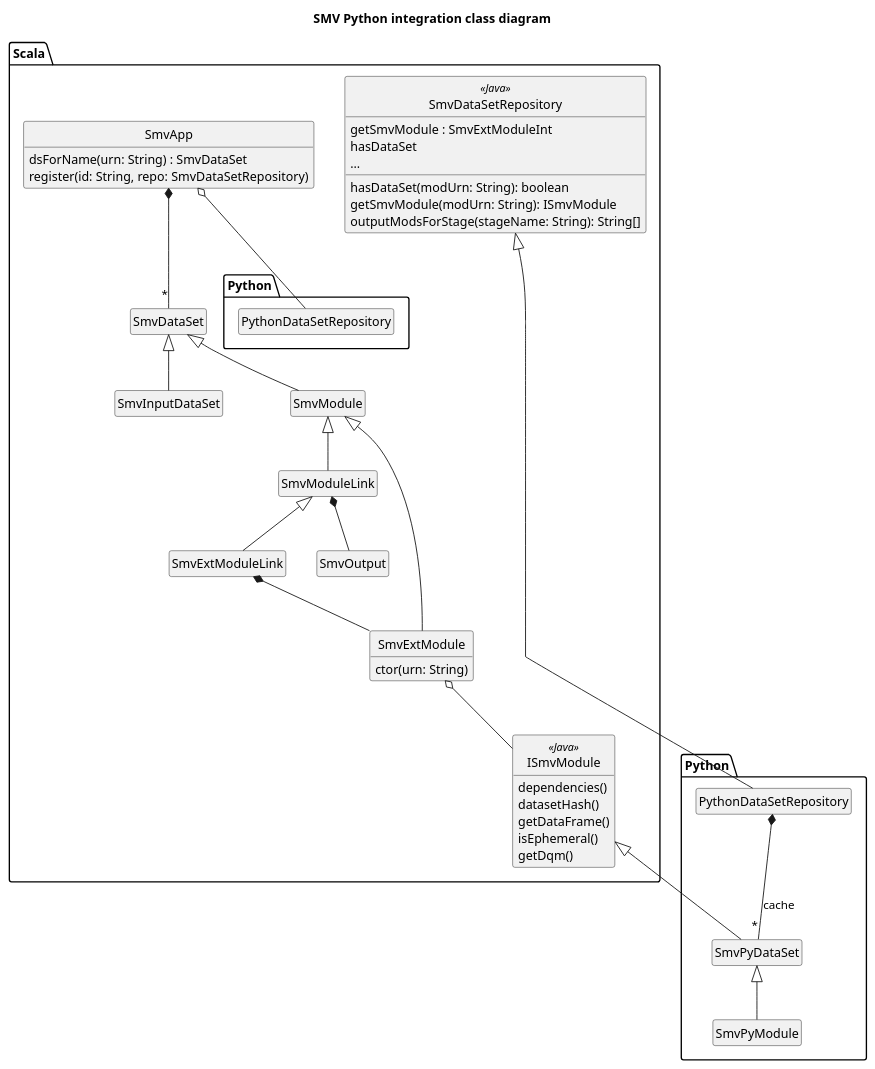
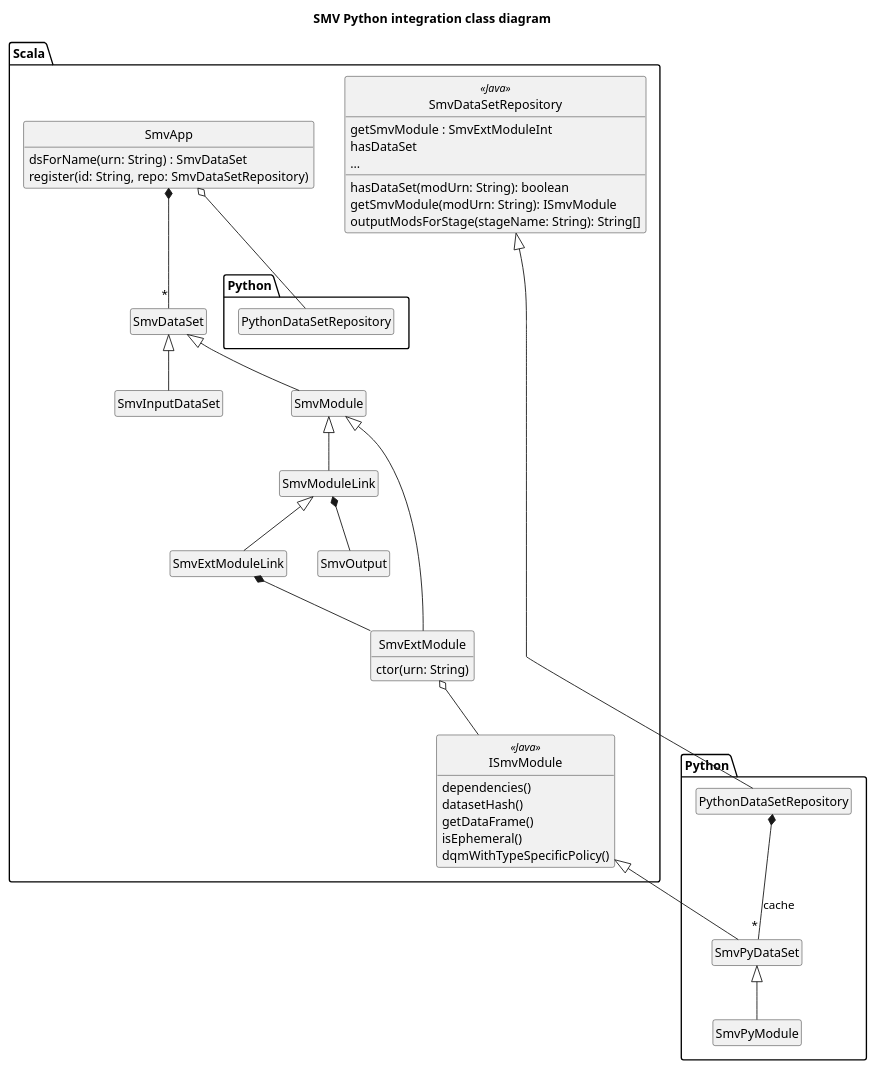
The diagram in docs/design/Python/py_api_class.puml (TresAmigosSD/SMV), drawn with PlantUML before and after one commit. The commit also changed 10 other files, not shown here.

```diff
--- a/docs/design/Python/py_api_class.puml
+++ b/docs/design/Python/py_api_class.puml
@@ -1,62 +1,62 @@
 @startuml
 
 title SMV Python integration class diagram
 
 hide empty methods
 hide empty fields
 hide circle
 
 package Scala {
   class SmvApp {
     dsForName(urn: String) : SmvDataSet
     register(id: String, repo: SmvDataSetRepository)
   }
   class SmvDataSetRepository <<Java>> {
     hasDataSet(modUrn: String): boolean
     getSmvModule(modUrn: String): ISmvModule
     outputModsForStage(stageName: String): String[]
   }
   class SmvOutput
   class SmvDataSet
   class SmvInputDataSet extends SmvDataSet
   class Scala.ISmvModule <<Java>> {
     dependencies()
     datasetHash()
     getDataFrame()
     isEphemeral()
-    getDqm()
+    dqmWithTypeSpecificPolicy()
   }
   class Scala.SmvDataSetRepository {
     getSmvModule : SmvExtModuleInt
     hasDataSet
     ...
   }
 
   SmvApp o-- Python.PythonDataSetRepository
   SmvApp *-- "*" SmvDataSet
 
   class SmvModuleLink extends SmvModule
   SmvModuleLink *-- SmvOutput
 
   class SmvModule extends SmvDataSet
 
   class SmvExtModule extends SmvModule {
     ctor(urn: String)
   }
   SmvExtModule o-- Scala.ISmvModule
 
   class SmvExtModuleLink extends SmvModuleLink
   SmvExtModuleLink *-- SmvExtModule
 }
 
 package Python {
 
   class PythonDataSetRepository extends Scala.SmvDataSetRepository
   class SmvPyDataSet extends Scala.ISmvModule
 
   class SmvPyModule extends SmvPyDataSet
 
   PythonDataSetRepository *-- "*" SmvPyDataSet : "cache"
 }
 
 @enduml
```
